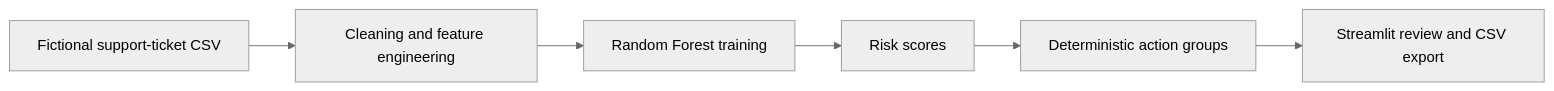
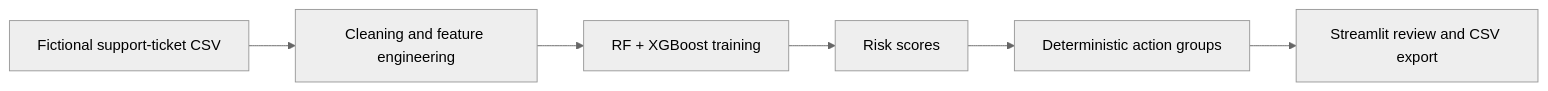
One commit to RidhanPar/customer-support-intelligence-platform changed the diagram in README.md. Above: the diagram before and after it, drawn with Mermaid (neutral theme). The commit also changed other lines of this file and 12 other files, not shown here.

````diff
--- a/README.md
+++ b/README.md
@@ -27,8 +29,8 @@
 ```mermaid
 flowchart LR
     A[Fictional support-ticket CSV] --> B[Cleaning and feature engineering]
-    B --> C[Random Forest training]
+    B --> C[RF + XGBoost training]
     C --> D[Risk scores]
     D --> E[Deterministic action groups]
     E --> F[Streamlit review and CSV export]
 ```
````
